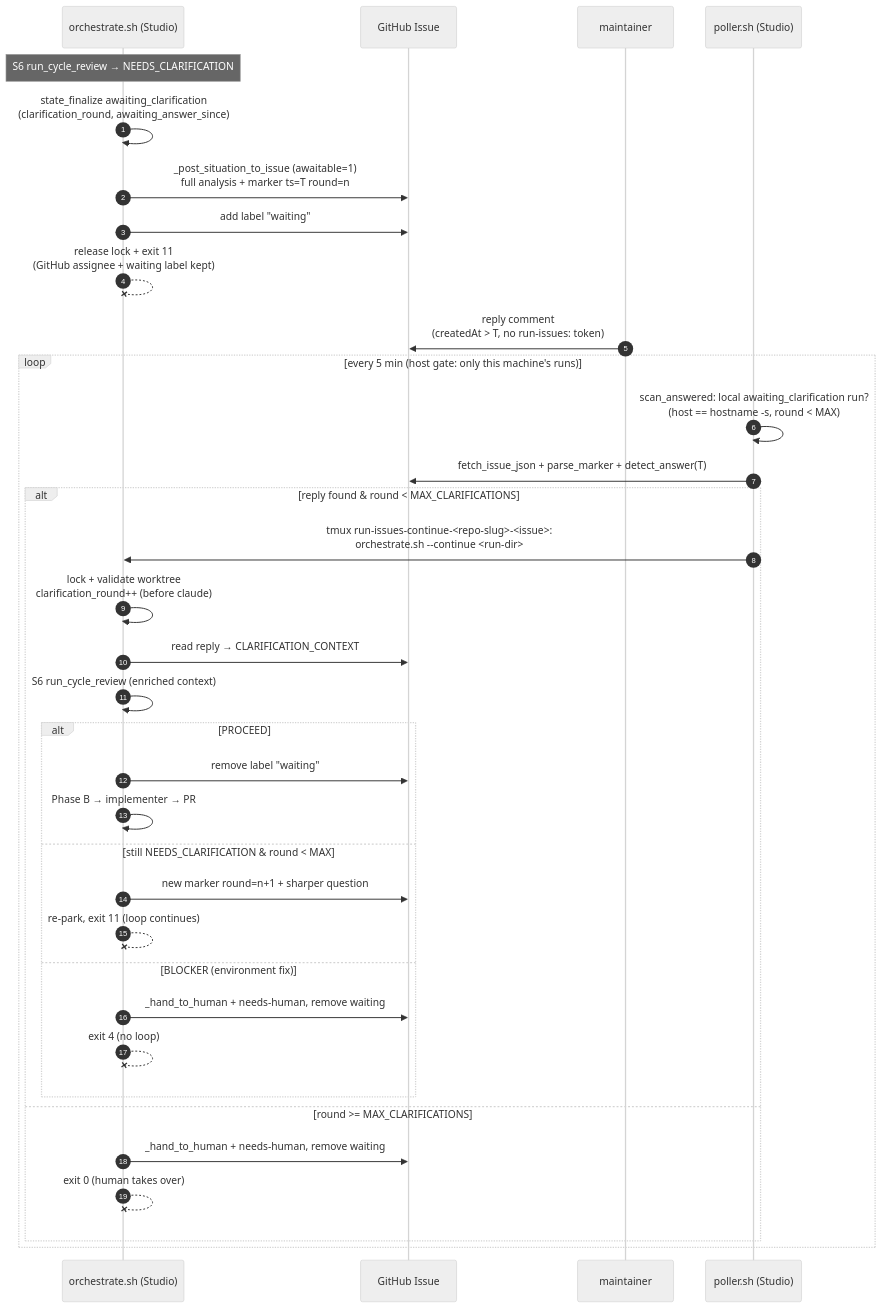
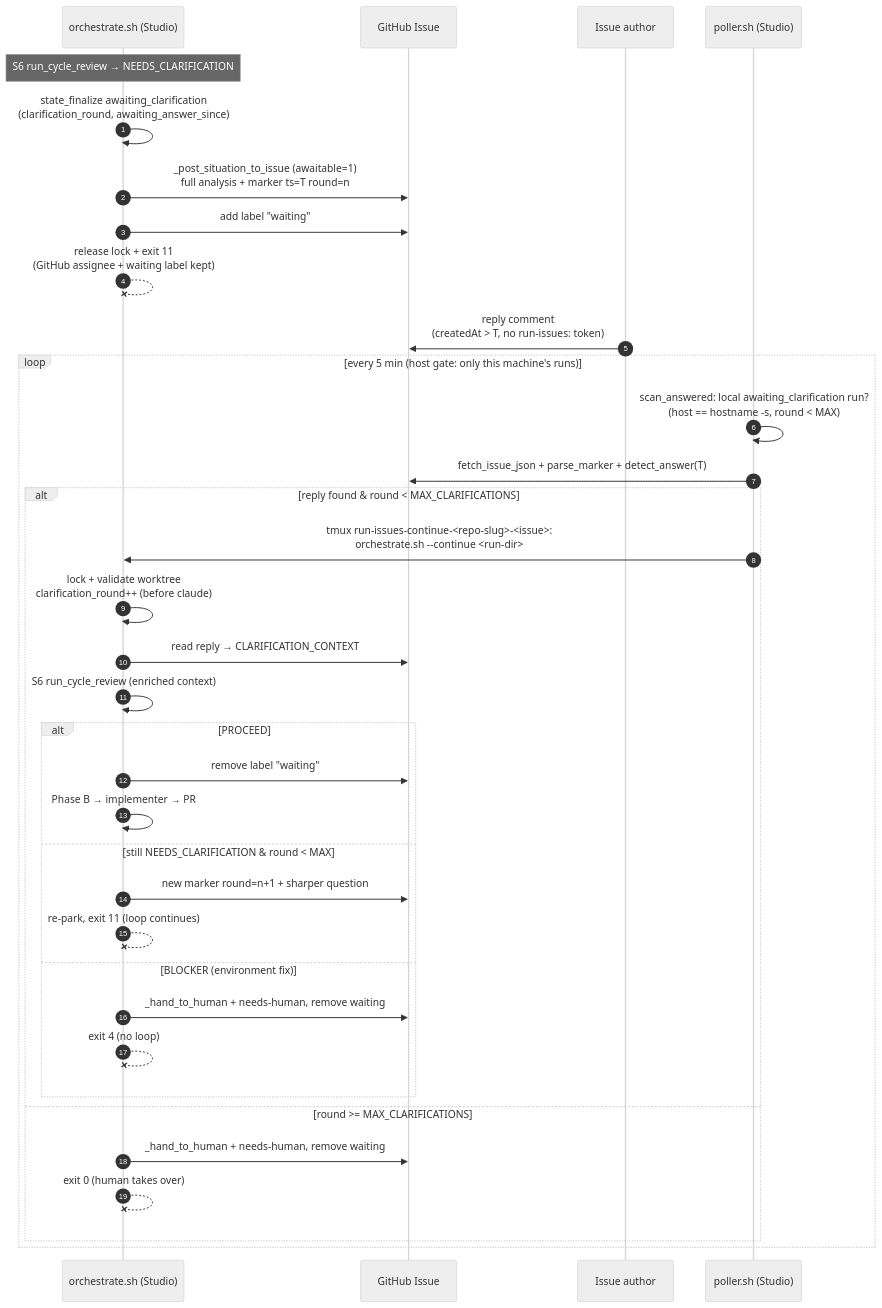
Before and after one commit to Silon-Oy/silon-issue-runner: the diagram in docs/diagrams/run-issues-clarification-loop.mmd, drawn with Mermaid (neutral theme). The commit also changed 31 other files, not shown here.

```diff
--- a/docs/diagrams/run-issues-clarification-loop.mmd
+++ b/docs/diagrams/run-issues-clarification-loop.mmd
@@ -1,48 +1,48 @@
 %% Author: GoodReason cycle (Architect design, verified against implementation)
 %% Created: 2026-05-21
 %% Topic: run-issues clarification answer-and-continue loop (α2)
-%% Task: NEEDS_CLARIFICATION → maintainer replies on the issue → Studio continues from S6
+%% Task: NEEDS_CLARIFICATION → the issue author replies → Studio continues from S6
 %%
 %% Companion to run-issues-state-machine.mmd. This sequence view shows the
 %% cross-machine flow: the run + worktree + lock live on Studio (host gate),
-%% but maintainer can reply from anywhere; the Studio poller is the only trigger.
-%% Bot and human share the same GitHub account (maintainer), so the reply is
+%% but the human can reply from anywhere; the Studio poller is the only trigger.
+%% Bot and human share the same GitHub account, so the reply is
 %% detected by timestamp vs. an embedded marker, not by comment author.
 sequenceDiagram
     autonumber
     participant Orch as orchestrate.sh (Studio)
     participant GH as GitHub Issue
-    participant maintainer
+    participant Human as Issue author
     participant Poller as poller.sh (Studio)
 
     Note over Orch: S6 run_cycle_review → NEEDS_CLARIFICATION
     Orch->>Orch: state_finalize awaiting_clarification<br/>(clarification_round, awaiting_answer_since)
     Orch->>GH: _post_situation_to_issue (awaitable=1)<br/>full analysis + marker ts=T round=n
     Orch->>GH: add label "waiting"
     Orch--xOrch: release lock + exit 11<br/>(GitHub assignee + waiting label kept)
 
-    maintainer->>GH: reply comment<br/>(createdAt > T, no run-issues: token)
+    Human->>GH: reply comment<br/>(createdAt > T, no run-issues: token)
 
     loop every 5 min (host gate: only this machine's runs)
         Poller->>Poller: scan_answered: local awaiting_clarification run?<br/>(host == hostname -s, round < MAX)
         Poller->>GH: fetch_issue_json + parse_marker + detect_answer(T)
         alt reply found & round < MAX_CLARIFICATIONS
             Poller->>Orch: tmux run-issues-continue-<repo-slug>-<issue>:<br/>orchestrate.sh --continue <run-dir>
             Orch->>Orch: lock + validate worktree<br/>clarification_round++ (before claude)
             Orch->>GH: read reply → CLARIFICATION_CONTEXT
             Orch->>Orch: S6 run_cycle_review (enriched context)
             alt PROCEED
                 Orch->>GH: remove label "waiting"
                 Orch->>Orch: Phase B → implementer → PR
             else still NEEDS_CLARIFICATION & round < MAX
                 Orch->>GH: new marker round=n+1 + sharper question
                 Orch--xOrch: re-park, exit 11 (loop continues)
             else BLOCKER (environment fix)
                 Orch->>GH: _hand_to_human + needs-human, remove waiting
                 Orch--xOrch: exit 4 (no loop)
             end
         else round >= MAX_CLARIFICATIONS
             Orch->>GH: _hand_to_human + needs-human, remove waiting
             Orch--xOrch: exit 0 (human takes over)
         end
     end
```
